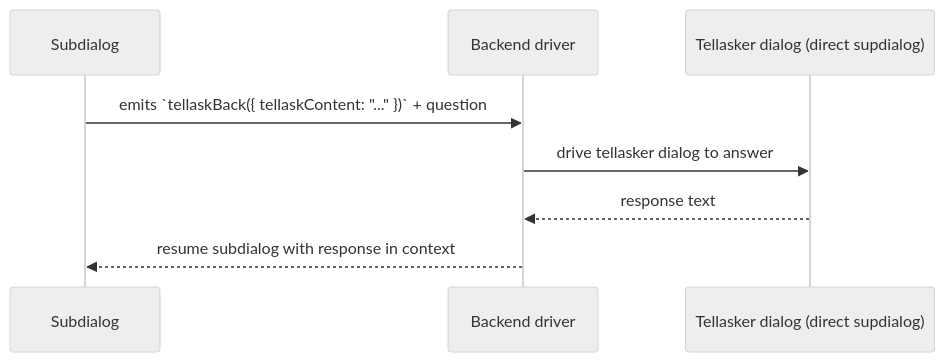
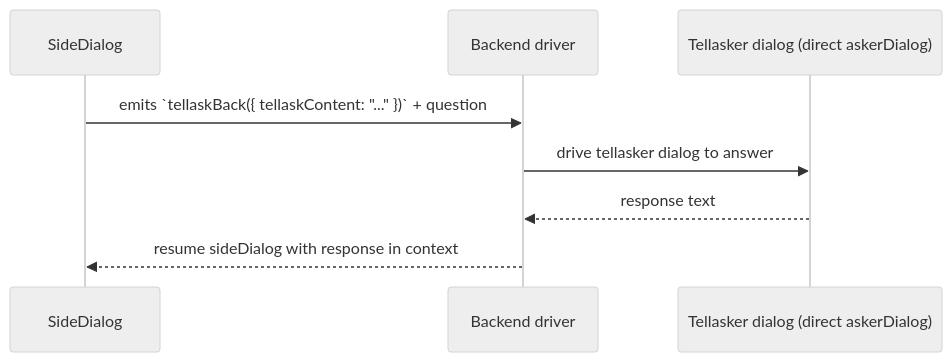
One commit to longrun-ai/dominds changed diagram 11 of 18 in docs/dialog-system.md. Above: the diagram before and after it, drawn with Mermaid (neutral theme). The commit also changed other lines of this file and 195 other files, not shown here.

Commit message:
refactor tellask revive context handling

````diff
--- a/docs/dialog-system.md
+++ b/docs/dialog-system.md
@@ -1263,11 +1265,11 @@
 ```mermaid
 sequenceDiagram
-  participant Sub as Subdialog
+  participant Side as SideDialog
   participant Driver as Backend driver
-  participant Sup as Tellasker dialog (direct supdialog)
+  participant Asker as Tellasker dialog (direct askerDialog)
 
-  Sub->>Driver: emits `tellaskBack({ tellaskContent: "..." })` + question
-  Driver->>Sup: drive tellasker dialog to answer
-  Sup-->>Driver: response text
-  Driver-->>Sub: resume subdialog with response in context
+  Side->>Driver: emits `tellaskBack({ tellaskContent: "..." })` + question
+  Driver->>Asker: drive tellasker dialog to answer
+  Asker-->>Driver: response text
+  Driver-->>Side: resume sideDialog with response in context
 ```
````
